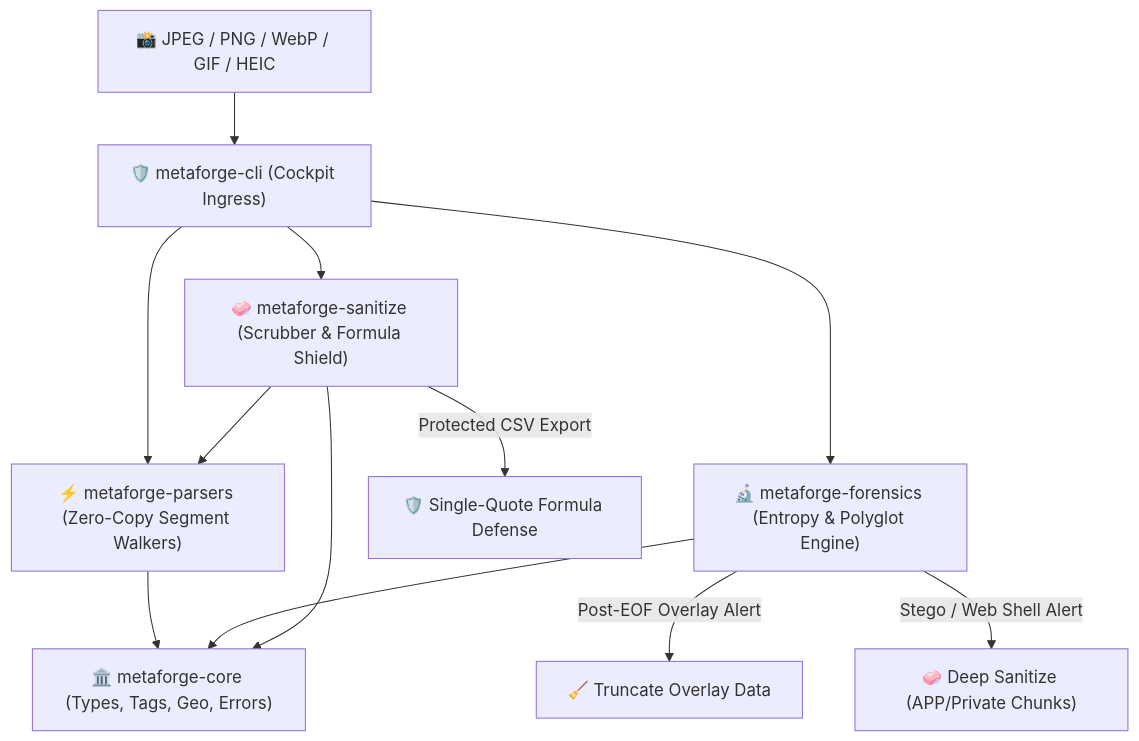
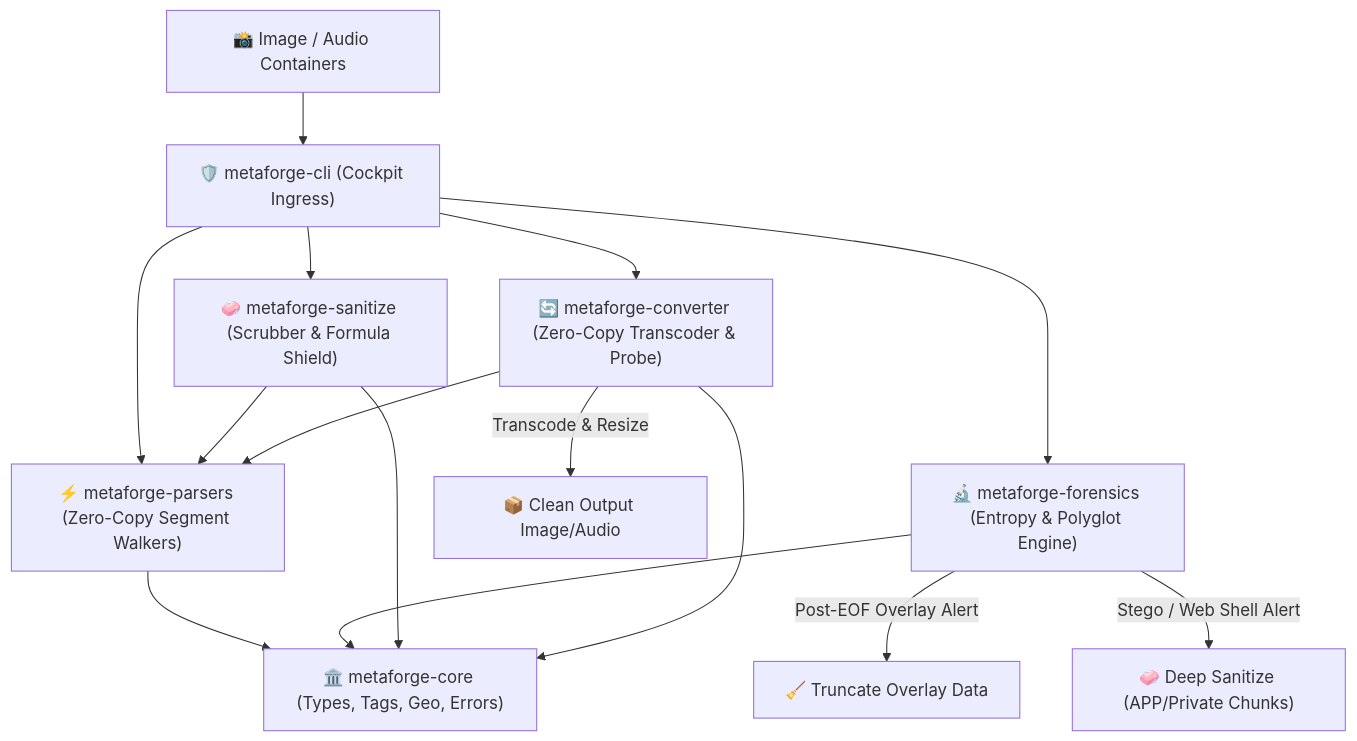
One commit to xuoxod/metaforge changed the diagram in README.md. Above: the diagram before and after it, drawn with Mermaid. The commit also changed other lines of this file and 21 other files, not shown here.

Commit message:
feat(converter): integrate sovereign zero-dependency media converter crate & CLI commands

````diff
--- a/README.md
+++ b/README.md
@@ -5,16 +5,19 @@
 ```mermaid
 graph TD
-    Image["📸 JPEG / PNG / WebP / GIF / HEIC"] --> CLI["🛡️ metaforge-cli (Cockpit Ingress)"]
+    Media["📸 Image / Audio Containers"] --> CLI["🛡️ metaforge-cli (Cockpit Ingress)"]
     CLI --> Parsers["⚡ metaforge-parsers (Zero-Copy Segment Walkers)"]
     CLI --> Forensics["🔬 metaforge-forensics (Entropy & Polyglot Engine)"]
     CLI --> Sanitize["🧼 metaforge-sanitize (Scrubber & Formula Shield)"]
+    CLI --> Converter["🔄 metaforge-converter (Zero-Copy Transcoder & Probe)"]
     
     Parsers --> Core["🏛️ metaforge-core (Types, Tags, Geo, Errors)"]
     Forensics --> Core
     Sanitize --> Core
     Sanitize --> Parsers
+    Converter --> Core
+    Converter --> Parsers
 
     Forensics -- Post-EOF Overlay Alert --> Truncate["🧹 Truncate Overlay Data"]
     Forensics -- Stego / Web Shell Alert --> Strip["🧼 Deep Sanitize (APP/Private Chunks)"]
-    Sanitize -- Protected CSV Export --> FormulaShield["🛡️ Single-Quote Formula Defense"]
+    Converter -- Transcode & Resize --> Deliverable["📦 Clean Output Image/Audio"]
 ```
````
